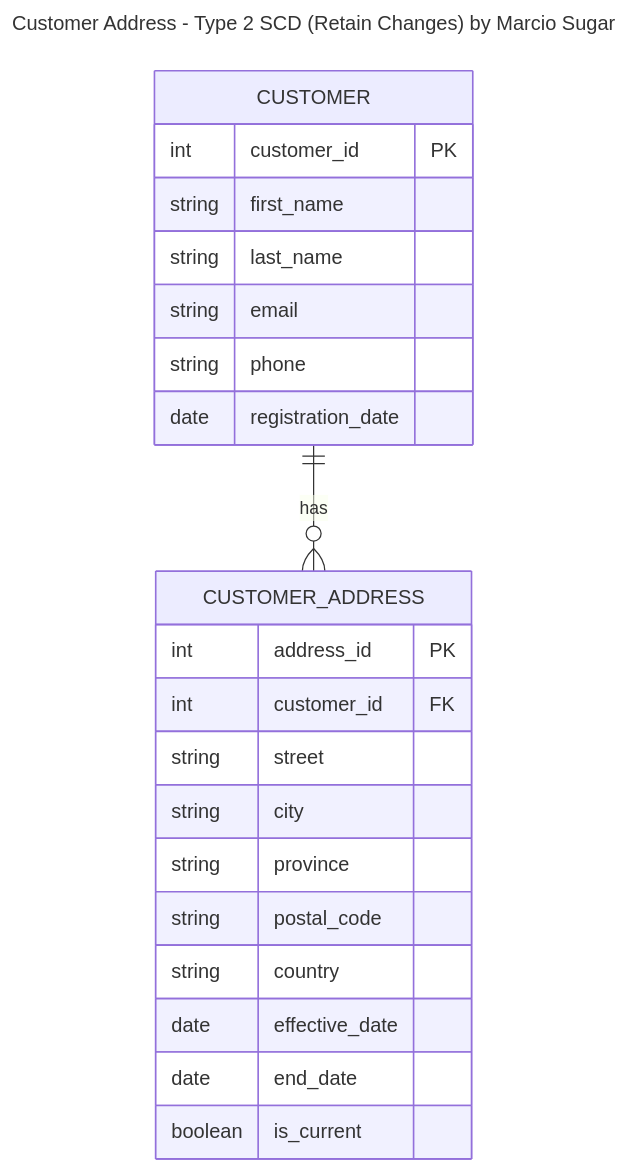
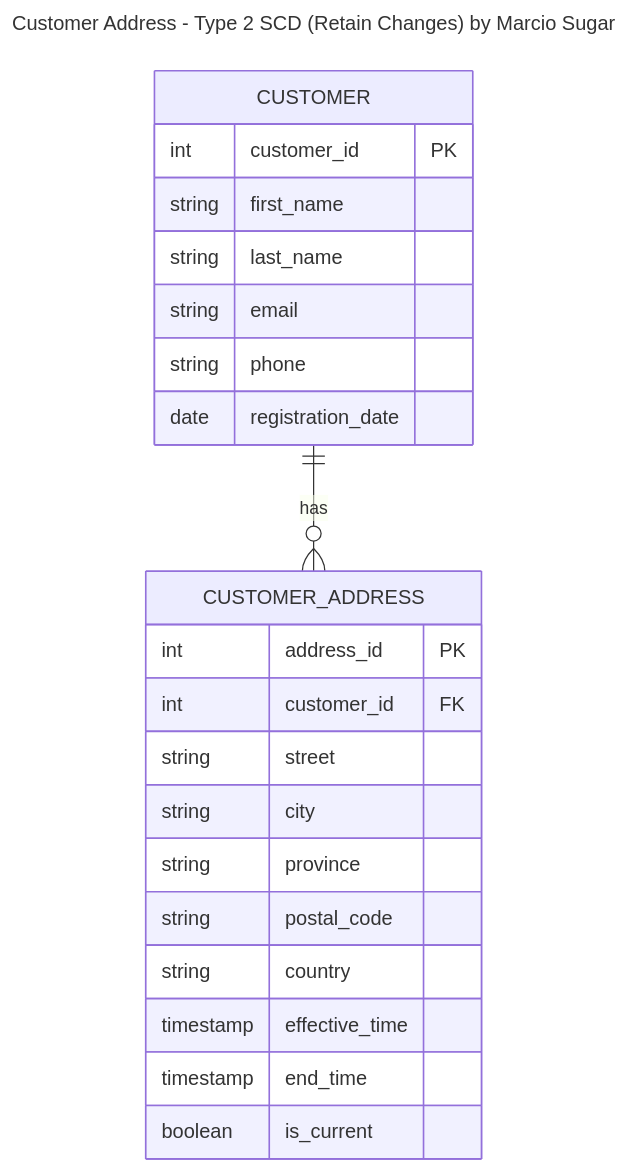
One commit to msugar/sql changed the second of 2 diagrams in 02_activities/assignments/design_a_logical_model.md. Above: the diagram before and after it, drawn with Mermaid.

Commit message:
doc(Assignment 1): Use timestamp for effective and end times fields in SCD 2 design

````diff
--- a/02_activities/assignments/design_a_logical_model.md
+++ b/02_activities/assignments/design_a_logical_model.md
@@ -61,27 +61,27 @@
 ```mermaid
 ---
 title: Customer Address - Type 2 SCD (Retain Changes) by Marcio Sugar
 ---
 erDiagram
     CUSTOMER ||--o{ CUSTOMER_ADDRESS : "has"
     CUSTOMER {
         int customer_id PK
         string first_name
         string last_name
         string email
         string phone
         date registration_date
     }
     CUSTOMER_ADDRESS {
         int address_id PK
         int customer_id FK
         string street
         string city
         string province
         string postal_code
         string country
-        date effective_date
-        date end_date
+        timestamp effective_time
+        timestamp end_time
         boolean is_current
     }
 ```
````
